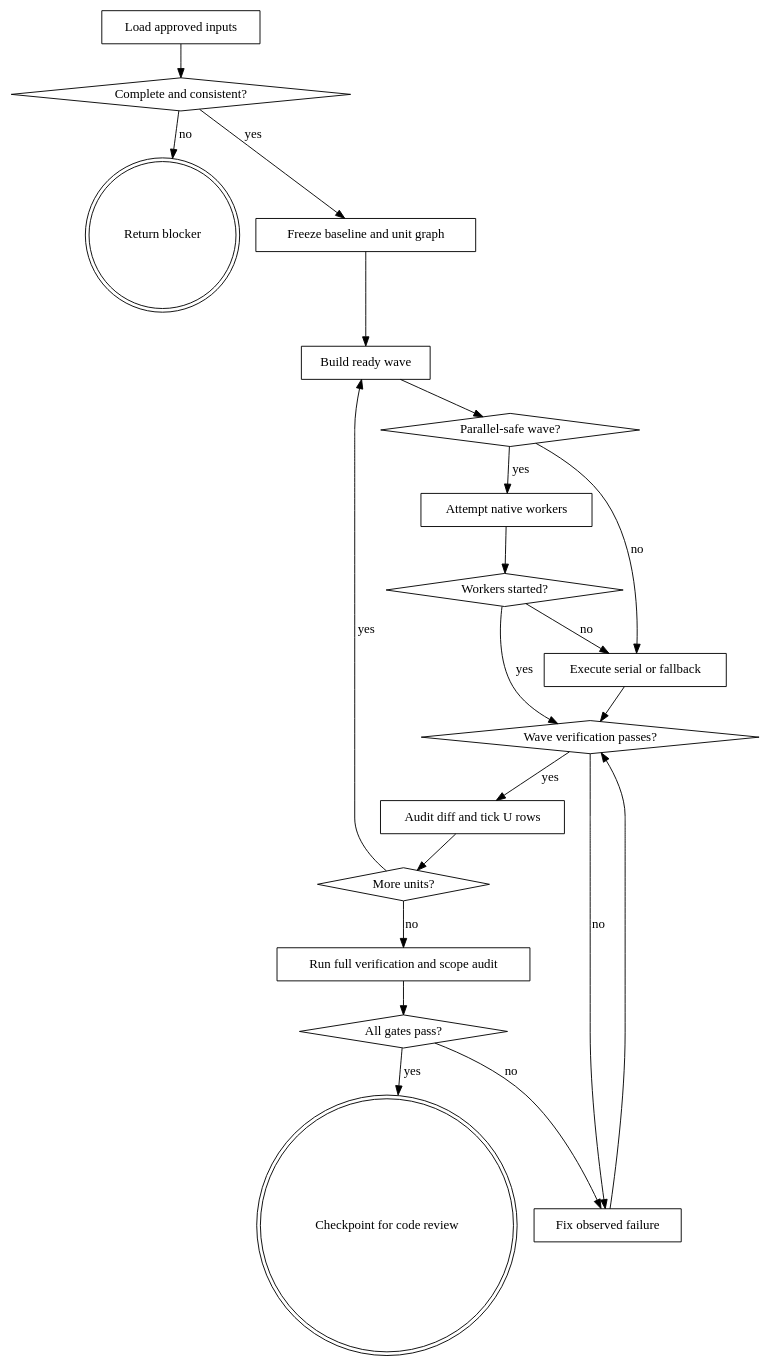
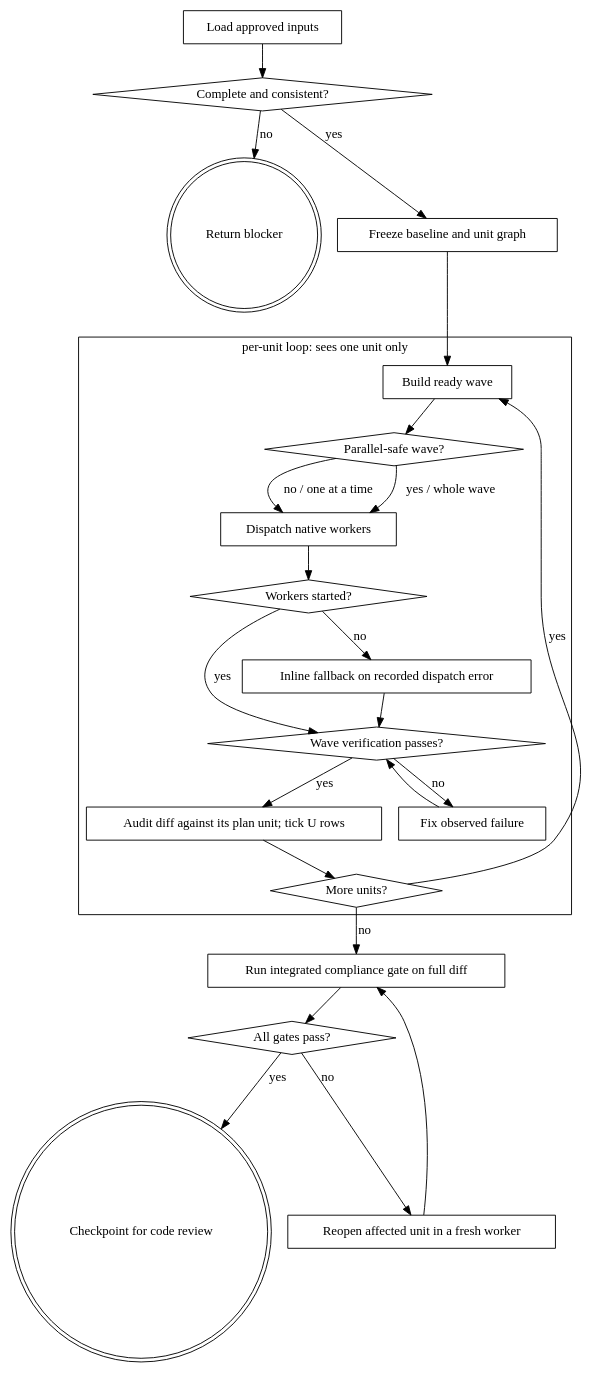
Before and after one commit to waynejing995/wayne-taste: the diagram in wayne-work/SKILL.md, drawn with Graphviz. The commit also changed other lines of this file and 1 other file, not shown here.

````diff
--- a/wayne-work/SKILL.md
+++ b/wayne-work/SKILL.md
@@ -18,42 +18,49 @@
 ```dot
 digraph work {
     rankdir=TB;
     A [label="Load approved inputs", shape=box];
     B [label="Complete and consistent?", shape=diamond];
     X [label="Return blocker", shape=doublecircle];
     C [label="Freeze baseline and unit graph", shape=box];
-    D [label="Build ready wave", shape=box];
-    E [label="Parallel-safe wave?", shape=diamond];
-    R [label="Attempt native workers", shape=box];
-    P [label="Workers started?", shape=diamond];
-    F [label="Execute serial or fallback", shape=box];
-    G [label="Wave verification passes?", shape=diamond];
-    T [label="Fix observed failure", shape=box];
-    H [label="Audit diff and tick U rows", shape=box];
-    I [label="More units?", shape=diamond];
-    J [label="Run full verification and scope audit", shape=box];
+
+    subgraph cluster_unit {
+        label="per-unit loop: sees one unit only";
+        D [label="Build ready wave", shape=box];
+        E [label="Parallel-safe wave?", shape=diamond];
+        R [label="Dispatch native workers", shape=box];
+        P [label="Workers started?", shape=diamond];
+        F [label="Inline fallback on recorded dispatch error", shape=box];
+        G [label="Wave verification passes?", shape=diamond];
+        T [label="Fix observed failure", shape=box];
+        H [label="Audit diff against its plan unit; tick U rows", shape=box];
+        I [label="More units?", shape=diamond];
+    }
+
+    J [label="Run integrated compliance gate on full diff", shape=box];
     K [label="All gates pass?", shape=diamond];
+    M [label="Reopen affected unit in a fresh worker", shape=box];
     L [label="Checkpoint for code review", shape=doublecircle];
 
     A -> B;
     B -> X [label="no"];
     B -> C [label="yes"];
     C -> D;
     D -> E;
-    E -> R [label="yes"];
-    E -> F [label="no"];
+    E -> R [label="yes / whole wave"];
+    E -> R [label="no / one at a time"];
     R -> P;
     P -> G [label="yes"];
     P -> F [label="no"];
     F -> G;
     G -> T [label="no"];
     T -> G;
     G -> H [label="yes"];
     H -> I;
     I -> D [label="yes"];
     I -> J [label="no"];
     J -> K;
-    K -> T [label="no"];
+    K -> M [label="no"];
+    M -> J;
     K -> L [label="yes"];
 }
 ```
````
